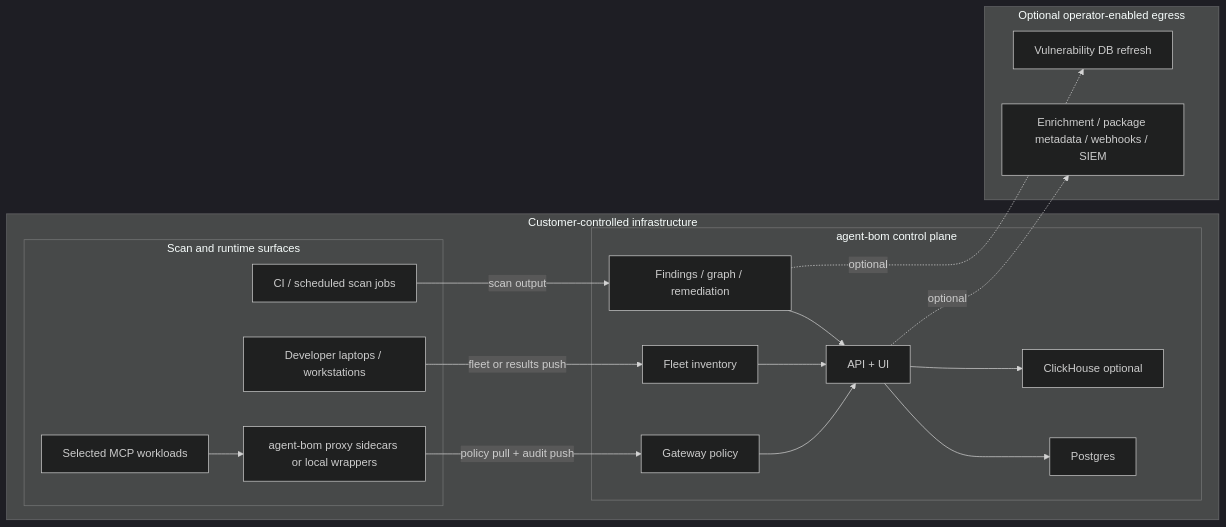
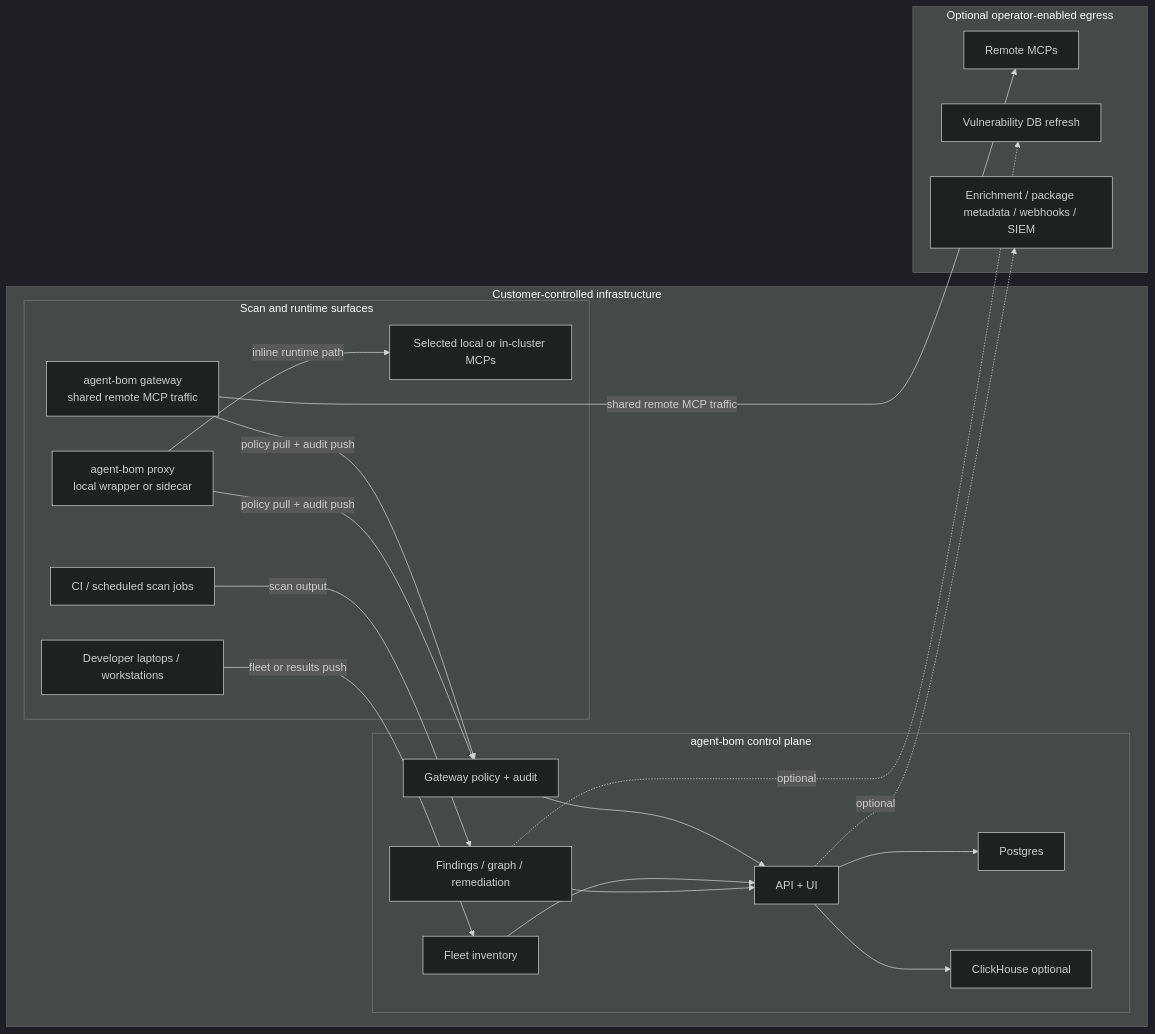
One commit to msaad00/agent-bom changed the diagram in site-docs/deployment/overview.md. Above: the diagram before and after it, drawn with Mermaid (dark theme). The commit also changed other lines of this file and 4 other files, not shown here.

First line of the commit message:
docs(deploy): refresh self-hosted diagrams and runtime flow (#1661)

````diff
--- a/site-docs/deployment/overview.md
+++ b/site-docs/deployment/overview.md
@@ -85,37 +85,41 @@
 ```mermaid
 flowchart LR
     subgraph Customer["Customer-controlled infrastructure"]
       subgraph Sources["Scan and runtime surfaces"]
         CI["CI / scheduled scan jobs"]
         Endpoints["Developer laptops / workstations"]
-        MCP["Selected MCP workloads"]
-        Proxy["agent-bom proxy sidecars or local wrappers"]
+        Proxy["agent-bom proxy<br/>local wrapper or sidecar"]
+        LocalMCP["Selected local or in-cluster MCPs"]
+        Gateway["agent-bom gateway<br/>shared remote MCP traffic"]
       end
 
       subgraph Plane["agent-bom control plane"]
         API["API + UI"]
         Fleet["Fleet inventory"]
-        Gateway["Gateway policy"]
+        Policy["Gateway policy + audit"]
         Findings["Findings / graph / remediation"]
         PG["Postgres"]
         CH["ClickHouse optional"]
       end
     end
 
     subgraph Optional["Optional operator-enabled egress"]
+      Remote["Remote MCPs"]
       Vuln["Vulnerability DB refresh"]
       Enrich["Enrichment / package metadata / webhooks / SIEM"]
     end
 
     CI -->|scan output| Findings
     Endpoints -->|fleet or results push| Fleet
-    MCP --> Proxy
-    Proxy -->|policy pull + audit push| Gateway
+    Proxy -->|inline runtime path| LocalMCP
+    Proxy -->|policy pull + audit push| Policy
+    Gateway -->|policy pull + audit push| Policy
+    Gateway -->|shared remote MCP traffic| Remote
     Findings --> API
     Fleet --> API
-    Gateway --> API
+    Policy --> API
     API --> PG
     API --> CH
     Findings -. optional .-> Vuln
     API -. optional .-> Enrich
 ```
````
